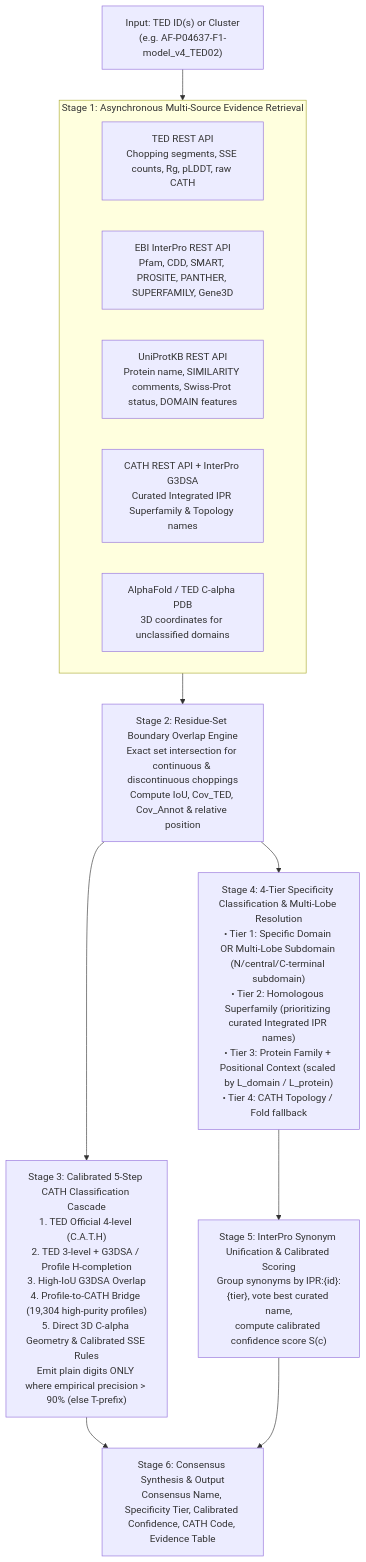
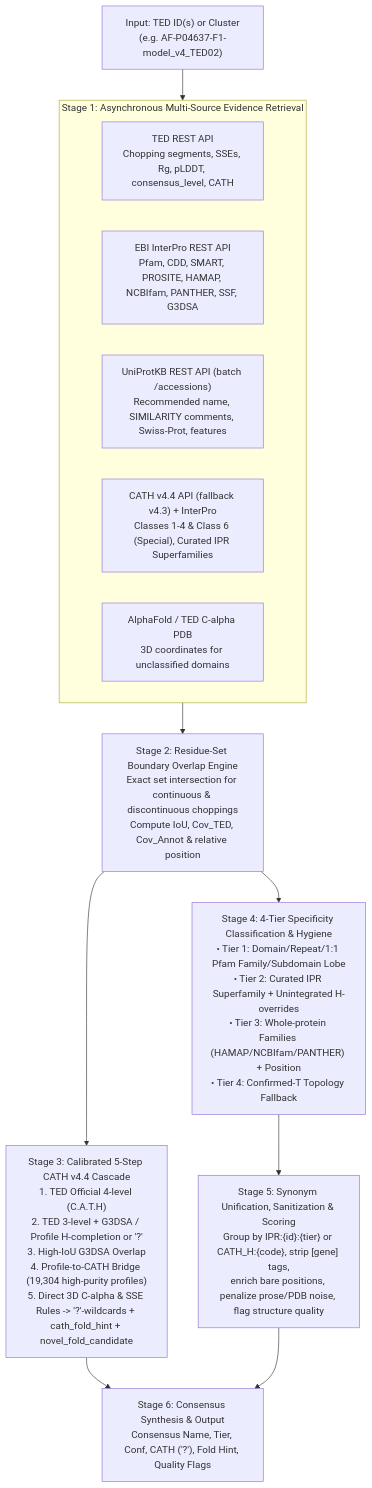
The diagram in docs/NAMING_PROCESS.md (KarelBerka/TED-namer), drawn with Mermaid before and after one commit. The commit also changed other lines of this file and 17 other files, not shown here.

Commit message:
feat: align CATH v4.4 ('?' wildcards, Class 6), InterPro annotation_type rules, unintegrated H-overrides, naming hygiene, and 100k re-evaluation

````diff
--- a/docs/NAMING_PROCESS.md
+++ b/docs/NAMING_PROCESS.md
@@ -26,23 +27,23 @@
 ```mermaid
 flowchart TD
     IN["Input: TED ID(s) or Cluster\n(e.g. AF-P04637-F1-model_v4_TED02)"] --> S1
 
     subgraph S1["Stage 1: Asynchronous Multi-Source Evidence Retrieval"]
-        TED["TED REST API\nChopping segments, SSE counts, Rg, pLDDT, raw CATH"]
-        IPR["EBI InterPro REST API\nPfam, CDD, SMART, PROSITE, PANTHER, SUPERFAMILY, Gene3D"]
-        UP["UniProtKB REST API\nProtein name, SIMILARITY comments, Swiss-Prot status, DOMAIN features"]
-        CATH["CATH REST API + InterPro G3DSA\nCurated Integrated IPR Superfamily & Topology names"]
+        TED["TED REST API\nChopping segments, SSEs, Rg, pLDDT, consensus_level, CATH"]
+        IPR["EBI InterPro REST API\nPfam, CDD, SMART, PROSITE, HAMAP, NCBIfam, PANTHER, SSF, G3DSA"]
+        UP["UniProtKB REST API (batch /accessions)\nRecommended name, SIMILARITY comments, Swiss-Prot, features"]
+        CATH["CATH v4.4 API (fallback v4.3) + InterPro\nClasses 1-4 & Class 6 (Special), Curated IPR Superfamilies"]
         PDB["AlphaFold / TED C-alpha PDB\n3D coordinates for unclassified domains"]
     end
 
     S1 --> S2["Stage 2: Residue-Set Boundary Overlap Engine\nExact set intersection for continuous & discontinuous choppings\nCompute IoU, Cov_TED, Cov_Annot & relative position"]
 
-    S2 --> S3["Stage 3: Calibrated 5-Step CATH Classification Cascade\n1. TED Official 4-level (C.A.T.H)\n2. TED 3-level + G3DSA / Profile H-completion\n3. High-IoU G3DSA Overlap\n4. Profile-to-CATH Bridge (19,304 high-purity profiles)\n5. Direct 3D C-alpha Geometry & Calibrated SSE Rules\nEmit plain digits ONLY where empirical precision > 90% (else T-prefix)"]
+    S2 --> S3["Stage 3: Calibrated 5-Step CATH v4.4 Cascade\n1. TED Official 4-level (C.A.T.H)\n2. TED 3-level + G3DSA / Profile H-completion or '?'\n3. High-IoU G3DSA Overlap\n4. Profile-to-CATH Bridge (19,304 high-purity profiles)\n5. Direct 3D C-alpha & SSE Rules -> '?'-wildcards + cath_fold_hint + novel_fold_candidate"]
 
-    S2 --> S4["Stage 4: 4-Tier Specificity Classification & Multi-Lobe Resolution\n• Tier 1: Specific Domain OR Multi-Lobe Subdomain (N/central/C-terminal subdomain)\n• Tier 2: Homologous Superfamily (prioritizing curated Integrated IPR names)\n• Tier 3: Protein Family + Positional Context (scaled by L_domain / L_protein)\n• Tier 4: CATH Topology / Fold fallback"]
+    S2 --> S4["Stage 4: 4-Tier Specificity Classification & Hygiene\n• Tier 1: Domain/Repeat/1:1 Pfam Family/Subdomain Lobe\n• Tier 2: Curated IPR Superfamily + Unintegrated H-overrides\n• Tier 3: Whole-protein Families (HAMAP/NCBIfam/PANTHER) + Position\n• Tier 4: Confirmed-T Topology Fallback"]
 
-    S4 --> S5["Stage 5: InterPro Synonym Unification & Calibrated Scoring\nGroup synonyms by IPR:{id}:{tier}, vote best curated name,\ncompute calibrated confidence score S(c)"]
+    S4 --> S5["Stage 5: Synonym Unification, Sanitization & Scoring\nGroup by IPR:{id}:{tier} or CATH_H:{code}, strip [gene] tags,\nenrich bare positions, penalize prose/PDB noise, flag structure quality"]
 
-    S3 --> S6["Stage 6: Consensus Synthesis & Output\nConsensus Name, Specificity Tier, Calibrated Confidence, CATH Code, Evidence Table"]
+    S3 --> S6["Stage 6: Consensus Synthesis & Output\nConsensus Name, Tier, Conf, CATH ('?'), Fold Hint, Quality Flags"]
     S5 --> S6
 ```
````
